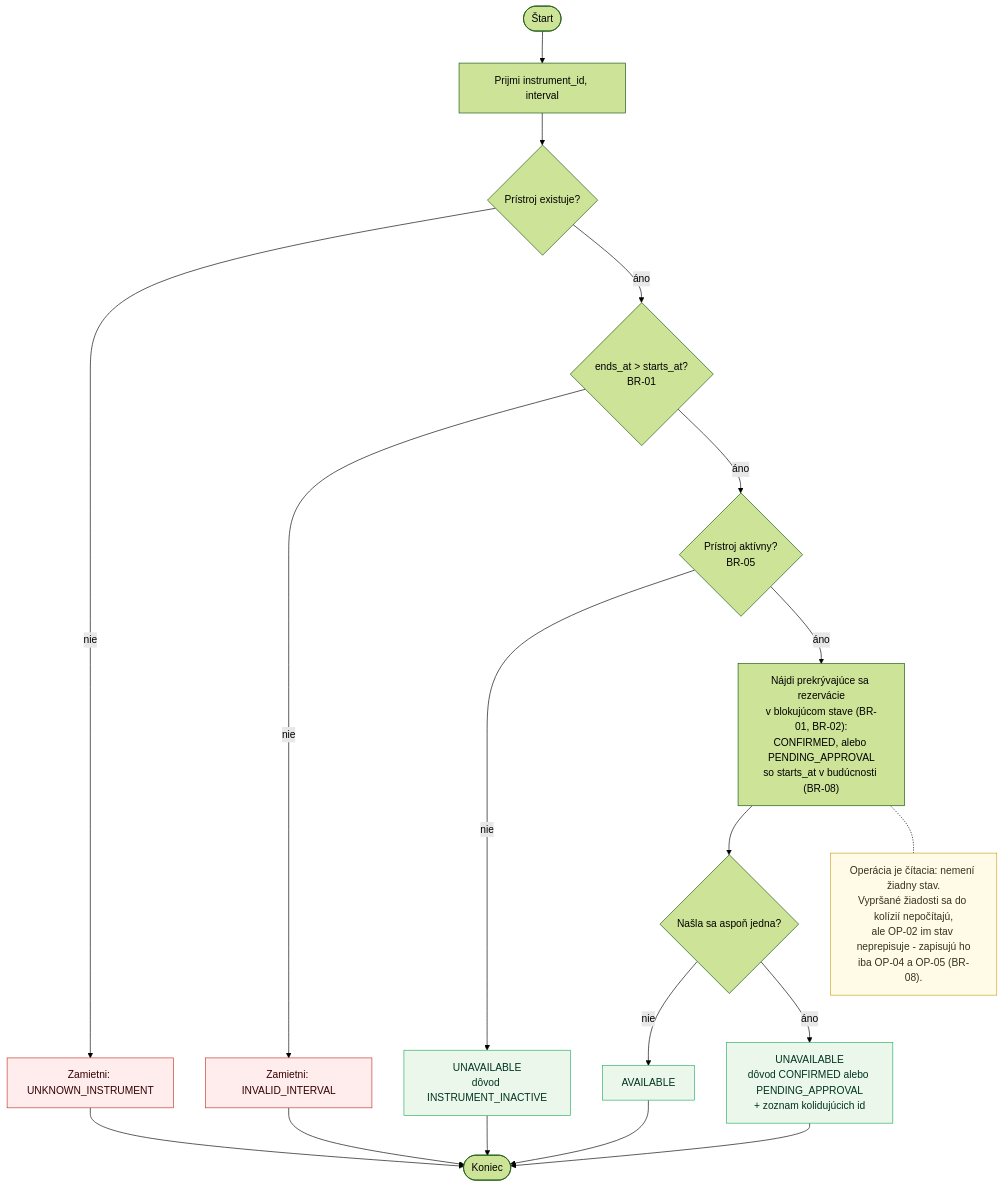
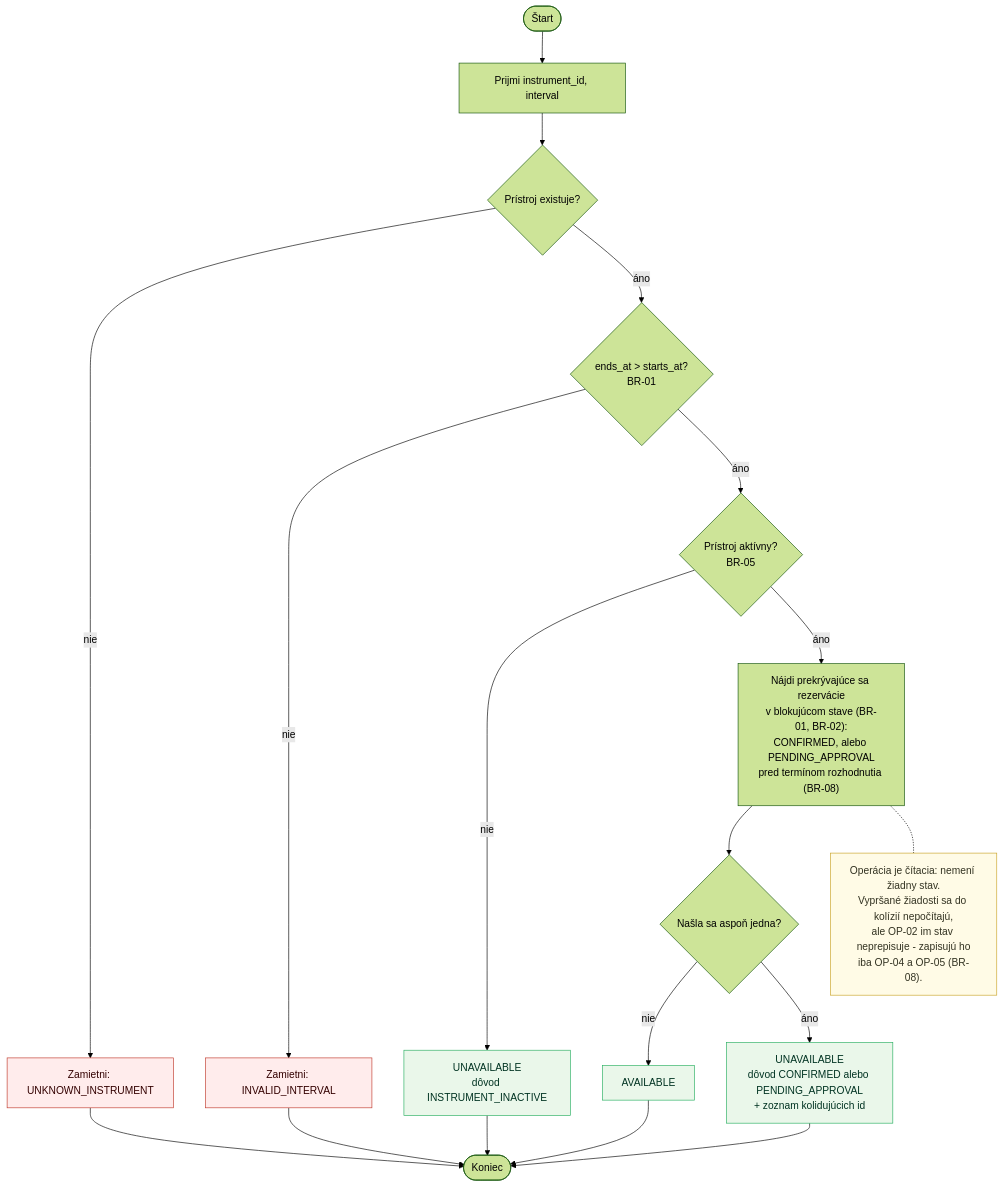
The fourth of 7 diagrams in docs/diagrams.md (thspowered/SWI-LAB), drawn with Mermaid (forest theme) before and after one commit. The commit also changed other lines of this file and 2 other files, not shown here.

````diff
--- a/docs/diagrams.md
+++ b/docs/diagrams.md
@@ -202,29 +208,29 @@
 ```mermaid
 flowchart TD
     A([Štart]) --> B["Prijmi instrument_id, interval"]
     B --> C{"Prístroj existuje?"}
     C -->|"nie"| X1["Zamietni: UNKNOWN_INSTRUMENT"]
     C -->|"áno"| D{"ends_at > starts_at?<br/>BR-01"}
     D -->|"nie"| X2["Zamietni: INVALID_INTERVAL"]
     D -->|"áno"| E{"Prístroj aktívny?<br/>BR-05"}
     E -->|"nie"| R1["UNAVAILABLE<br/>dôvod INSTRUMENT_INACTIVE"]
-    E -->|"áno"| F["Nájdi prekrývajúce sa rezervácie<br/>v blokujúcom stave (BR-01, BR-02):<br/>CONFIRMED, alebo PENDING_APPROVAL<br/>so starts_at v budúcnosti (BR-08)"]
+    E -->|"áno"| F["Nájdi prekrývajúce sa rezervácie<br/>v blokujúcom stave (BR-01, BR-02):<br/>CONFIRMED, alebo PENDING_APPROVAL<br/>pred termínom rozhodnutia (BR-08)"]
     F --> G{"Našla sa aspoň jedna?"}
     G -->|"nie"| R2["AVAILABLE"]
     G -->|"áno"| R3["UNAVAILABLE<br/>dôvod CONFIRMED alebo PENDING_APPROVAL<br/>+ zoznam kolidujúcich id"]
     R1 --> Z([Koniec])
     R2 --> Z
     R3 --> Z
     X1 --> Z
     X2 --> Z
 
     N["Operácia je čítacia: nemení žiadny stav.<br/>Vypršané žiadosti sa do kolízií nepočítajú,<br/>ale OP-02 im stav neprepisuje - zapisujú ho<br/>iba OP-04 a OP-05 (BR-08)."]
     F -.- N
 
     classDef rej fill:#ffecec,stroke:#c0392b,color:#300;
     classDef ok fill:#eaf7ea,stroke:#27ae60,color:#032;
     classDef note fill:#fffbe6,stroke:#c9a227,color:#332;
     class X1,X2 rej;
     class R1,R2,R3 ok;
     class N note;
 ```
````
